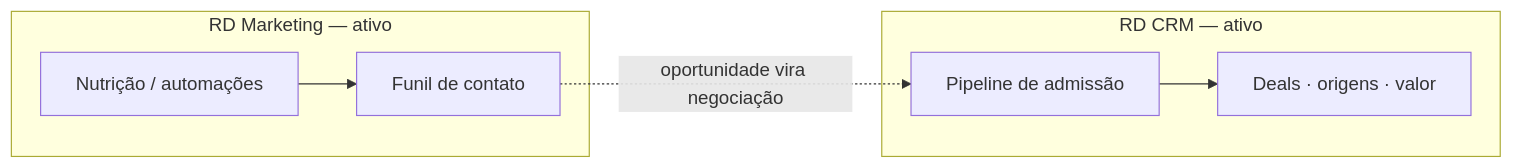
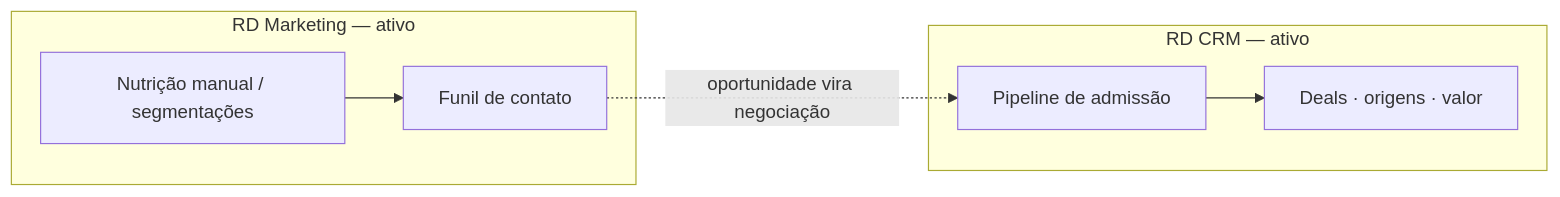
One commit to DI-CSA/admission-enrollment changed the second of 2 diagrams in docs/resumo-estrategico-rd-station.md. Above: the diagram before and after it, drawn with Mermaid. The commit also changed other lines of this file and 2 other files, not shown here.

First line of the commit message:
docs(rd): esclarece separação Marketing × CRM e nutrição manual

````diff
--- a/docs/resumo-estrategico-rd-station.md
+++ b/docs/resumo-estrategico-rd-station.md
@@ -84,10 +84,10 @@
 ```mermaid
 flowchart LR
     subgraph MKT[RD Marketing — ativo]
-        N[Nutrição / automações] --> O[Funil de contato]
+        N[Nutrição manual / segmentações] --> O[Funil de contato]
     end
     subgraph CRM[RD CRM — ativo]
         P[Pipeline de admissão] --> Q[Deals · origens · valor]
     end
     O -.->|oportunidade vira negociação| P
 ```
````
